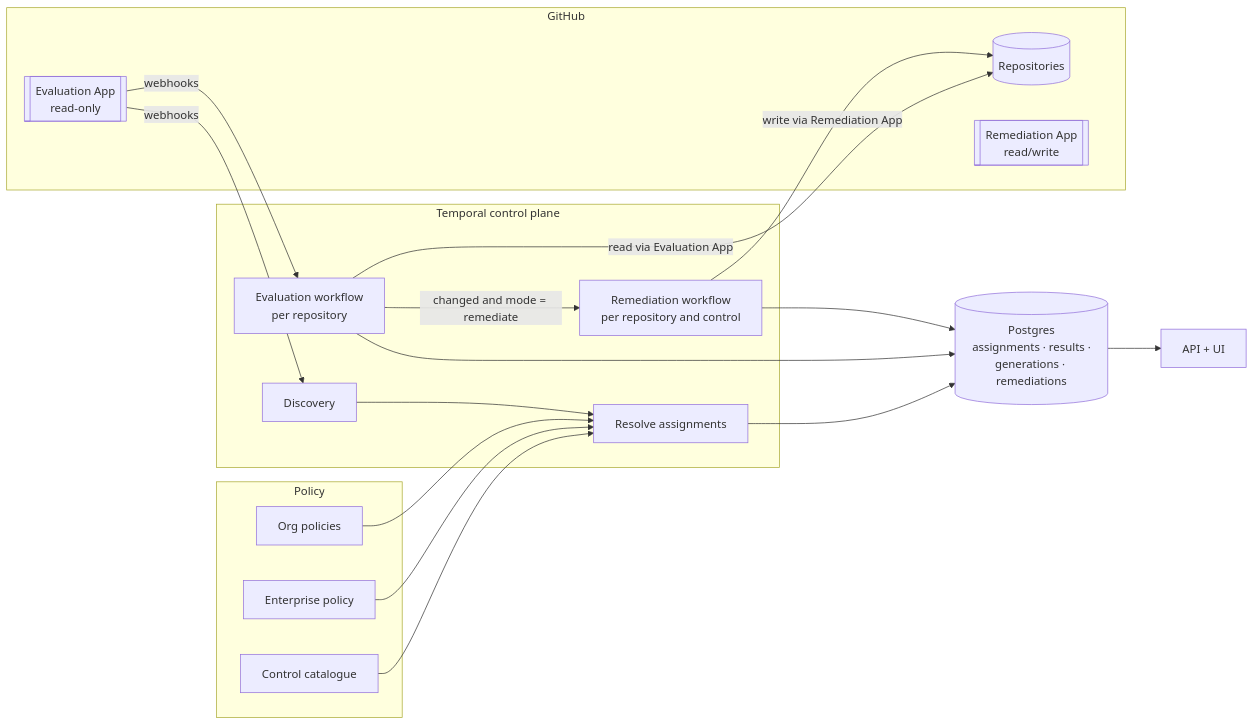
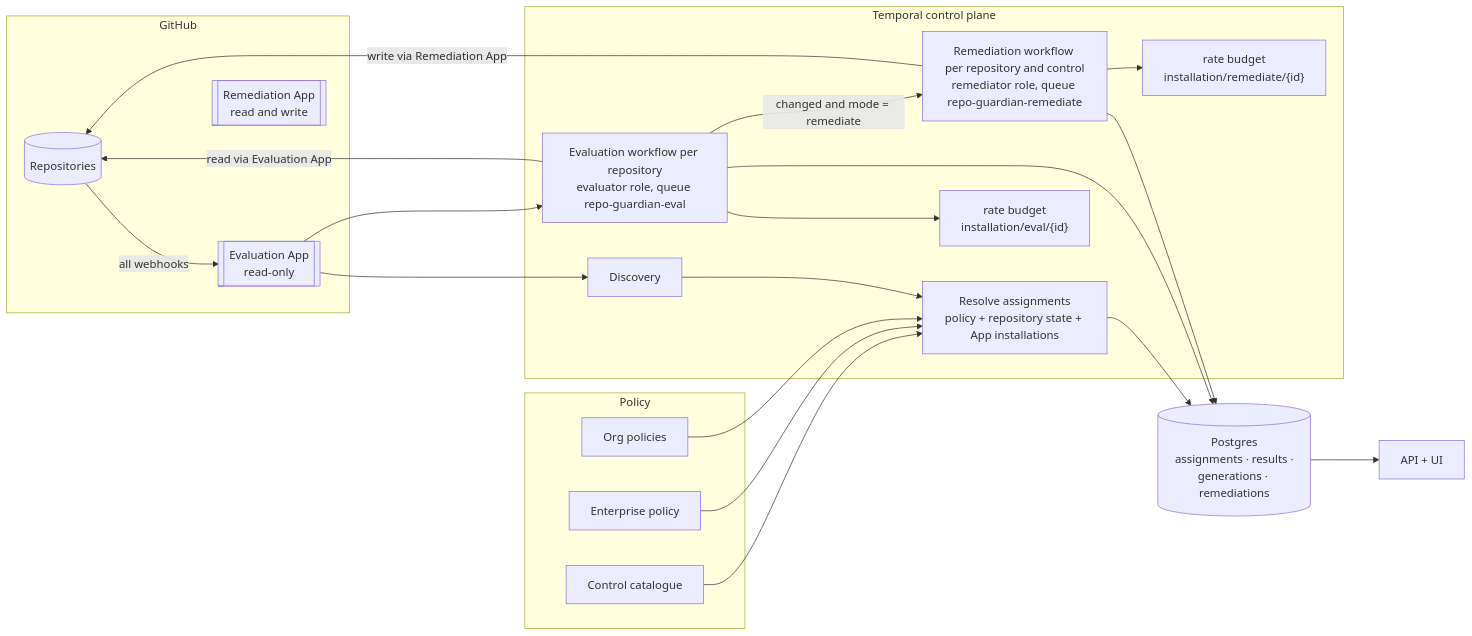
Before and after one commit to donaldgifford/repo-guardian: the first of 2 diagrams in docs/design/0029-controls-and-policies-opinionated-compliance-with-separate.md, drawn with Mermaid. The commit also changed other lines of this file and 3 other files, not shown here.

````diff
--- a/docs/design/0029-controls-and-policies-opinionated-compliance-with-separate.md
+++ b/docs/design/0029-controls-and-policies-opinionated-compliance-with-separate.md
@@ -126,37 +123,42 @@
 ```mermaid
 flowchart LR
     subgraph GitHub
-        GH[(Repositories)]
-        EA[[Evaluation App<br/>read-only]]
-        RA[[Remediation App<br/>read/write]]
+        GH[("Repositories")]
+        EA[["Evaluation App<br/>read-only"]]
+        RA[["Remediation App<br/>read and write"]]
     end
 
     subgraph Policy
-        CAT[Control catalogue]
-        ENT[Enterprise policy]
-        ORG[Org policies]
+        CAT["Control catalogue"]
+        ENT["Enterprise policy"]
+        ORG["Org policies"]
     end
 
     subgraph Temporal["Temporal control plane"]
-        DISC[Discovery]
-        RES[Resolve assignments]
-        EVAL[Evaluation workflow<br/>per repository]
-        REM[Remediation workflow<br/>per repository and control]
+        DISC["Discovery"]
+        RES["Resolve assignments<br/>policy + repository state + App installations"]
+        EVAL["Evaluation workflow per repository<br/>evaluator role, queue repo-guardian-eval"]
+        REM["Remediation workflow per repository and control<br/>remediator role, queue repo-guardian-remediate"]
+        BE["rate budget<br/>installation/eval/{id}"]
+        BR["rate budget<br/>installation/remediate/{id}"]
     end
 
-    DB[(Postgres<br/>assignments · results ·<br/>generations · remediations)]
-    API[API + UI]
+    DB[("Postgres<br/>assignments · results ·<br/>generations · remediations")]
+    API["API + UI"]
 
-    EA -- webhooks --> DISC
-    EA -- webhooks --> EVAL
+    GH -- "all webhooks" --> EA
+    EA --> DISC
+    EA --> EVAL
     CAT --> RES
     ENT --> RES
     ORG --> RES
     DISC --> RES --> DB
-    EVAL -- read via Evaluation App --> GH
+    EVAL --> BE
+    EVAL -- "read via Evaluation App" --> GH
     EVAL --> DB
     EVAL -- "changed and mode = remediate" --> REM
-    REM -- write via Remediation App --> GH
+    REM --> BR
+    REM -- "write via Remediation App" --> GH
     REM --> DB
     DB --> API
 ```
````
